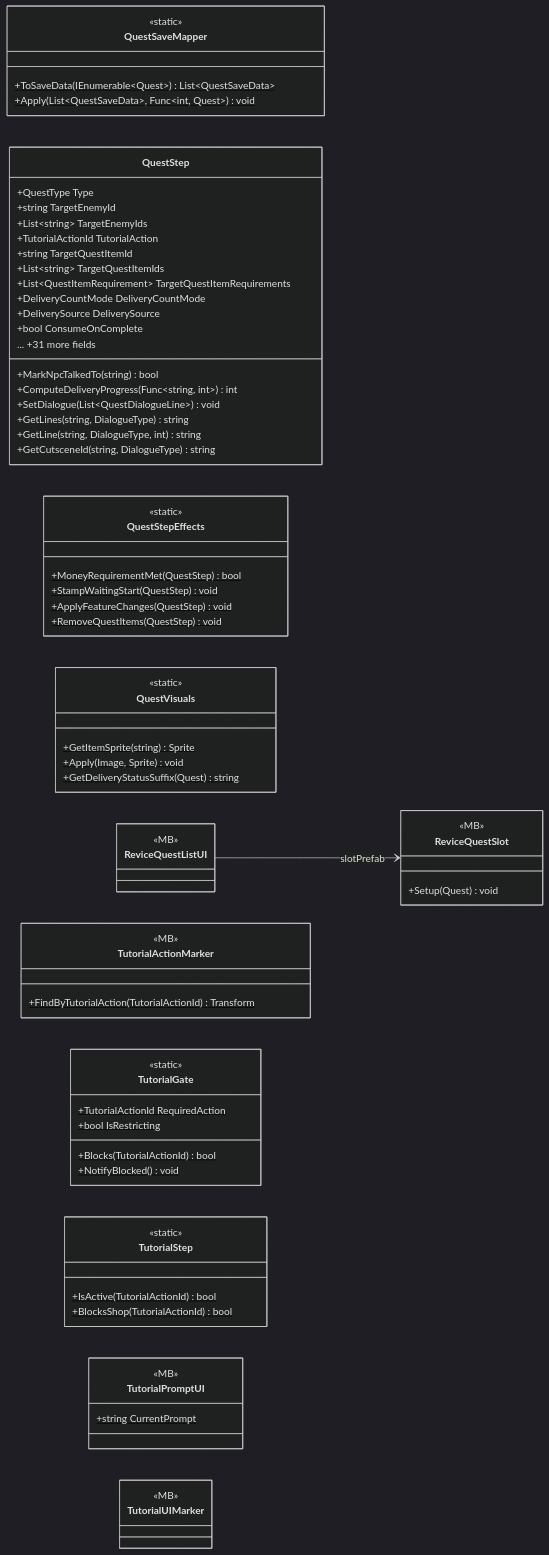
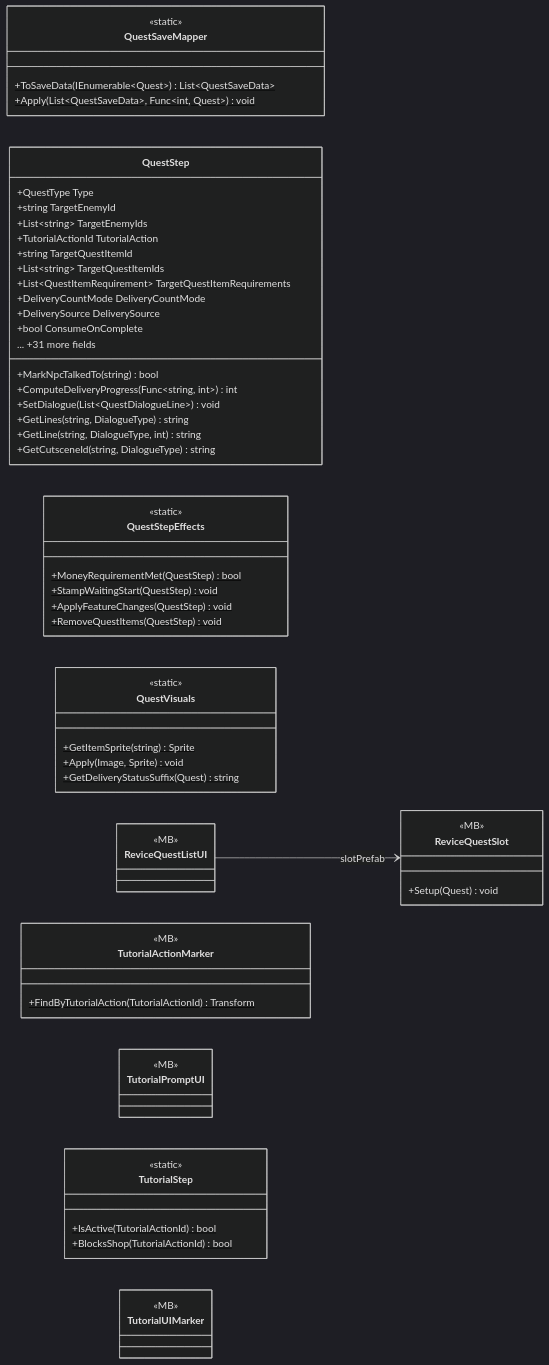
One commit to PhumipatWave/project-ocean changed the second of 2 diagrams in docs/uml/modules/Gameplay_QuestSystems_Quest.md. Above: the diagram before and after it, drawn with Mermaid (dark theme). The commit also changed other lines of this file and 65 other files, not shown here.

````diff
--- a/docs/uml/modules/Gameplay_QuestSystems_Quest.md
+++ b/docs/uml/modules/Gameplay_QuestSystems_Quest.md
@@ -233,72 +232,64 @@
 ```mermaid
 classDiagram
   direction LR
   class QuestSaveMapper {
     <<static>>
     +ToSaveData(IEnumerable~Quest~)$ List~QuestSaveData~
     +Apply(List~QuestSaveData~, Func~int, Quest~)$ void
   }
   class QuestStep {
     +QuestType Type
     +string TargetEnemyId
     +List~string~ TargetEnemyIds
     +TutorialActionId TutorialAction
     +string TargetQuestItemId
     +List~string~ TargetQuestItemIds
     +List~QuestItemRequirement~ TargetQuestItemRequirements
     +DeliveryCountMode DeliveryCountMode
     +DeliverySource DeliverySource
     +bool ConsumeOnComplete
     ... +31 more fields
     +MarkNpcTalkedTo(string) bool
     +ComputeDeliveryProgress(Func~string, int~) int
     +SetDialogue(List~QuestDialogueLine~) void
     +GetLines(string, DialogueType) string
     +GetLine(string, DialogueType, int) string
     +GetCutsceneId(string, DialogueType) string
   }
   class QuestStepEffects {
     <<static>>
     +MoneyRequirementMet(QuestStep)$ bool
     +StampWaitingStart(QuestStep)$ void
     +ApplyFeatureChanges(QuestStep)$ void
     +RemoveQuestItems(QuestStep)$ void
   }
   class QuestVisuals {
     <<static>>
     +GetItemSprite(string)$ Sprite
     +Apply(Image, Sprite)$ void
     +GetDeliveryStatusSuffix(Quest)$ string
   }
   class ReviceQuestListUI {
     <<MB>>
   }
   class ReviceQuestSlot {
     <<MB>>
     +Setup(Quest) void
   }
   class TutorialActionMarker {
     <<MB>>
     +FindByTutorialAction(TutorialActionId)$ Transform
   }
-  class TutorialGate {
-    <<static>>
-    +TutorialActionId RequiredAction$
-    +bool IsRestricting$
-    +Blocks(TutorialActionId)$ bool
-    +NotifyBlocked()$ void
+  class TutorialPromptUI {
+    <<MB>>
   }
   class TutorialStep {
     <<static>>
     +IsActive(TutorialActionId)$ bool
     +BlocksShop(TutorialActionId)$ bool
   }
-  class TutorialPromptUI {
-    <<MB>>
-    +string CurrentPrompt$
-  }
   class TutorialUIMarker {
     <<MB>>
   }
   ReviceQuestListUI --> ReviceQuestSlot : slotPrefab
 ```
````
